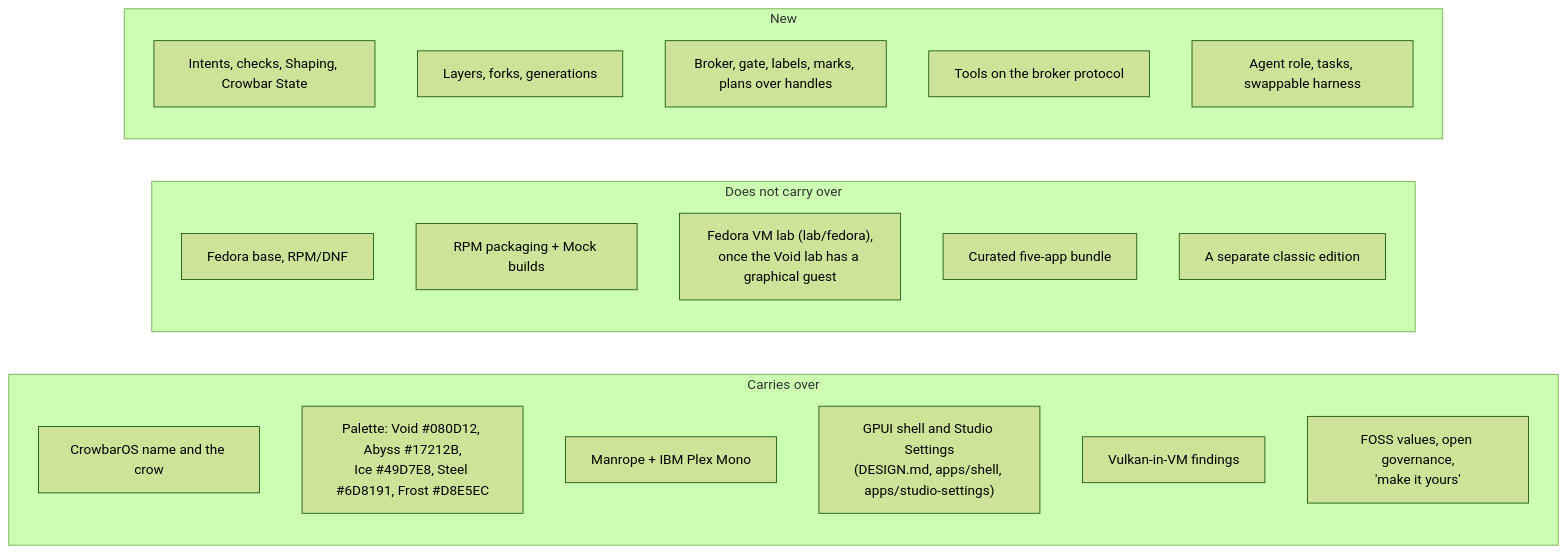
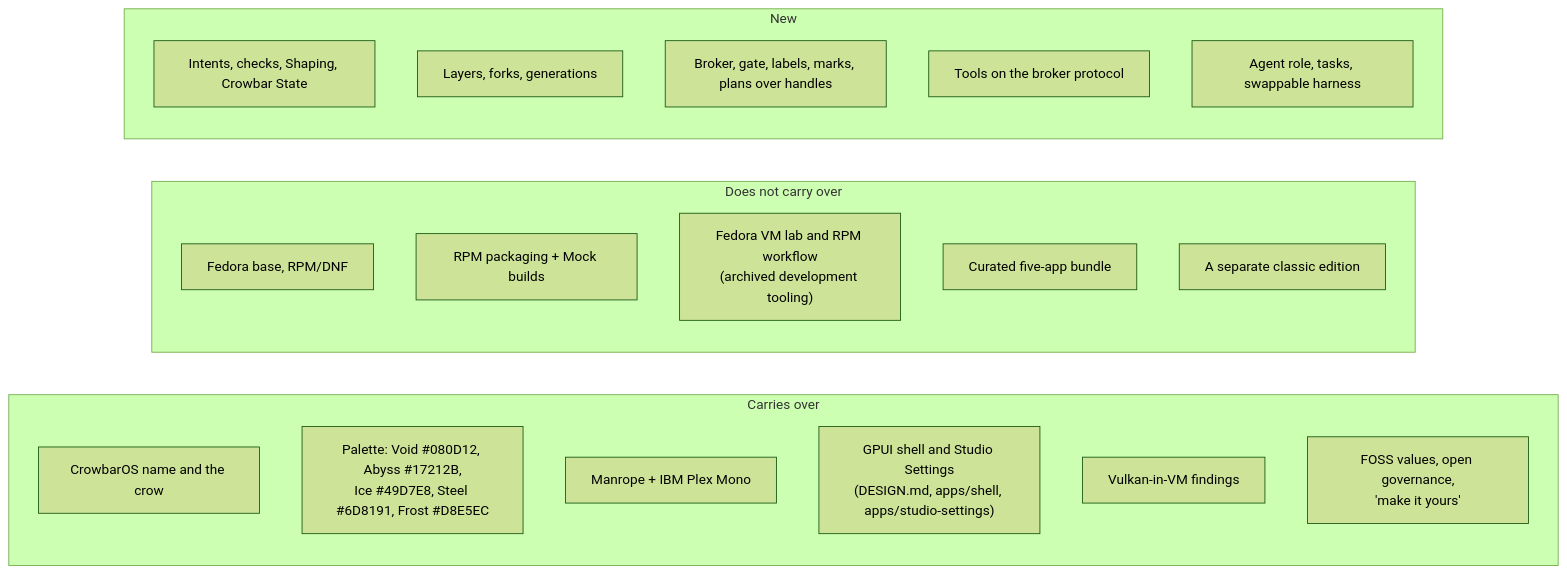
The fourth of 5 diagrams in docs/VISION.md (crowbaros/crowbaros), drawn with Mermaid (forest theme) before and after one commit. The commit also changed other lines of this file and 74 other files, not shown here.

First line of the commit message:
chore(lab): retire Fedora tooling after Void desktop acceptance (#160)

````diff
--- a/docs/VISION.md
+++ b/docs/VISION.md
@@ -603,25 +603,25 @@
 ```mermaid
 flowchart LR
     subgraph KEEP["Carries over"]
         k1[CrowbarOS name and the crow]
         k2["Palette: Void #080D12, Abyss #17212B,<br/>Ice #49D7E8, Steel #6D8191, Frost #D8E5EC"]
         k3[Manrope + IBM Plex Mono]
         k4["GPUI shell and Studio Settings<br/>(DESIGN.md, apps/shell, apps/studio-settings)"]
         k5[Vulkan-in-VM findings]
         k6[FOSS values, open governance,<br/>'make it yours']
     end
     subgraph DROP["Does not carry over"]
         d1[Fedora base, RPM/DNF]
         d2[RPM packaging + Mock builds]
-        d3["Fedora VM lab (lab/fedora),<br/>once the Void lab has a graphical guest"]
+        d3["Fedora VM lab and RPM workflow<br/>(archived development tooling)"]
         d4[Curated five-app bundle]
         d5[A separate classic edition]
     end
     subgraph NEWX["New"]
         n1[Intents, checks, Shaping, Crowbar State]
         n2[Layers, forks, generations]
         n3[Broker, gate, labels, marks, plans over handles]
         n4[Tools on the broker protocol]
         n5[Agent role, tasks, swappable harness]
     end
 ```
````
